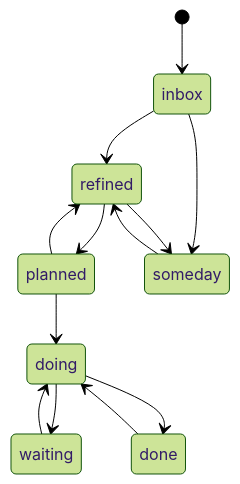
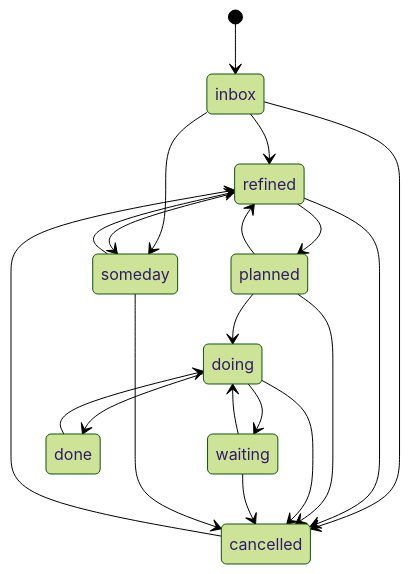
One commit to David-Bambi/nexus changed the second of 3 diagrams in docs/architecture/overview.md. Above: the diagram before and after it, drawn with Mermaid (forest theme). The commit also changed other lines of this file and 23 other files, not shown here.

````diff
--- a/docs/architecture/overview.md
+++ b/docs/architecture/overview.md
@@ -51,15 +55,22 @@
 ```mermaid
 stateDiagram-v2
     [*] --> inbox
     inbox --> refined
     refined --> planned
     planned --> refined
     planned --> doing
     doing --> waiting
     waiting --> doing
     doing --> done
     done --> doing
     inbox --> someday
     refined --> someday
     someday --> refined
+    inbox --> cancelled
+    refined --> cancelled
+    planned --> cancelled
+    doing --> cancelled
+    waiting --> cancelled
+    someday --> cancelled
+    cancelled --> refined
 ```
````
